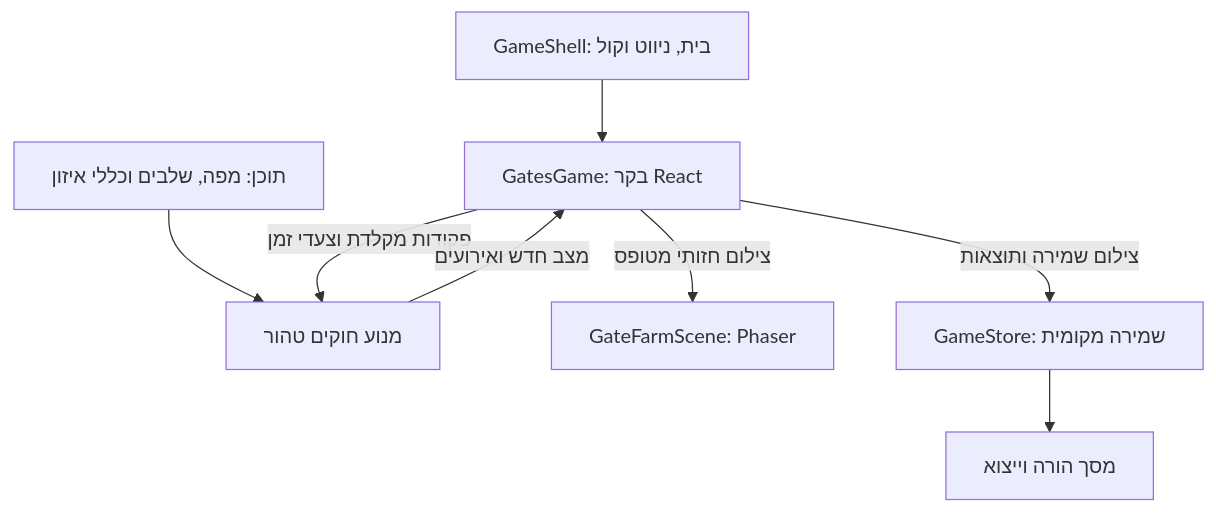
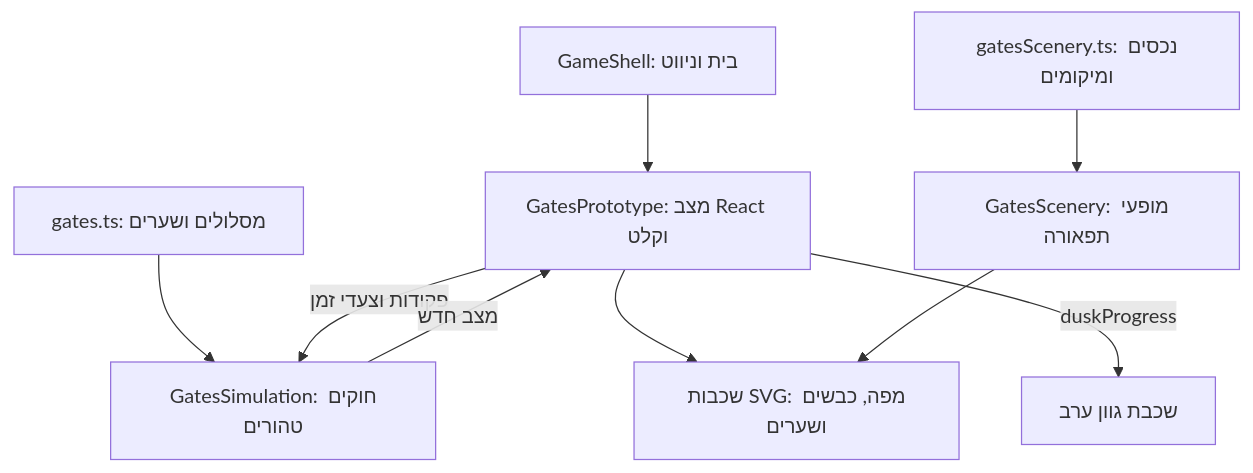
The first of 2 diagrams in docs/minigame-five-architecture.he.md (uri-shtand/flock-and-key), drawn with Mermaid before and after one commit. The commit also changed other lines of this file and 28 other files, not shown here.

Commit message:
Update Gatekeepers map, automatic dusk return and modular scenery

````diff
--- a/docs/minigame-five-architecture.he.md
+++ b/docs/minigame-five-architecture.he.md
@@ -13,10 +11,11 @@
 ```mermaid
 flowchart TD
-  Shell[GameShell: בית, ניווט וקול] --> Controller[GatesGame: בקר React]
-  Content[תוכן: מפה, שלבים וכללי איזון] --> Engine[מנוע חוקים טהור]
-  Controller -->|פקודות מקלדת וצעדי זמן| Engine
-  Engine -->|מצב חדש ואירועים| Controller
-  Controller -->|צילום חזותי מטופס| Scene[GateFarmScene: Phaser]
-  Controller -->|צילום שמירה ותוצאות| Store[GameStore: שמירה מקומית]
-  Store --> Parent[מסך הורה וייצוא]
+  Shell[GameShell: בית וניווט] --> Controller[GatesPrototype: מצב React וקלט]
+  Routes[gates.ts: מסלולים ושערים] --> Engine[GatesSimulation: חוקים טהורים]
+  Controller -->|פקודות וצעדי זמן| Engine
+  Engine -->|מצב חדש| Controller
+  Controller --> World[שכבות SVG: מפה, כבשים ושערים]
+  Props[gatesScenery.ts: נכסים ומיקומים] --> Scenery[GatesScenery: מופעי תפאורה]
+  Scenery --> World
+  Controller -->|duskProgress| Tint[שכבת גוון ערב]
 ```
````
